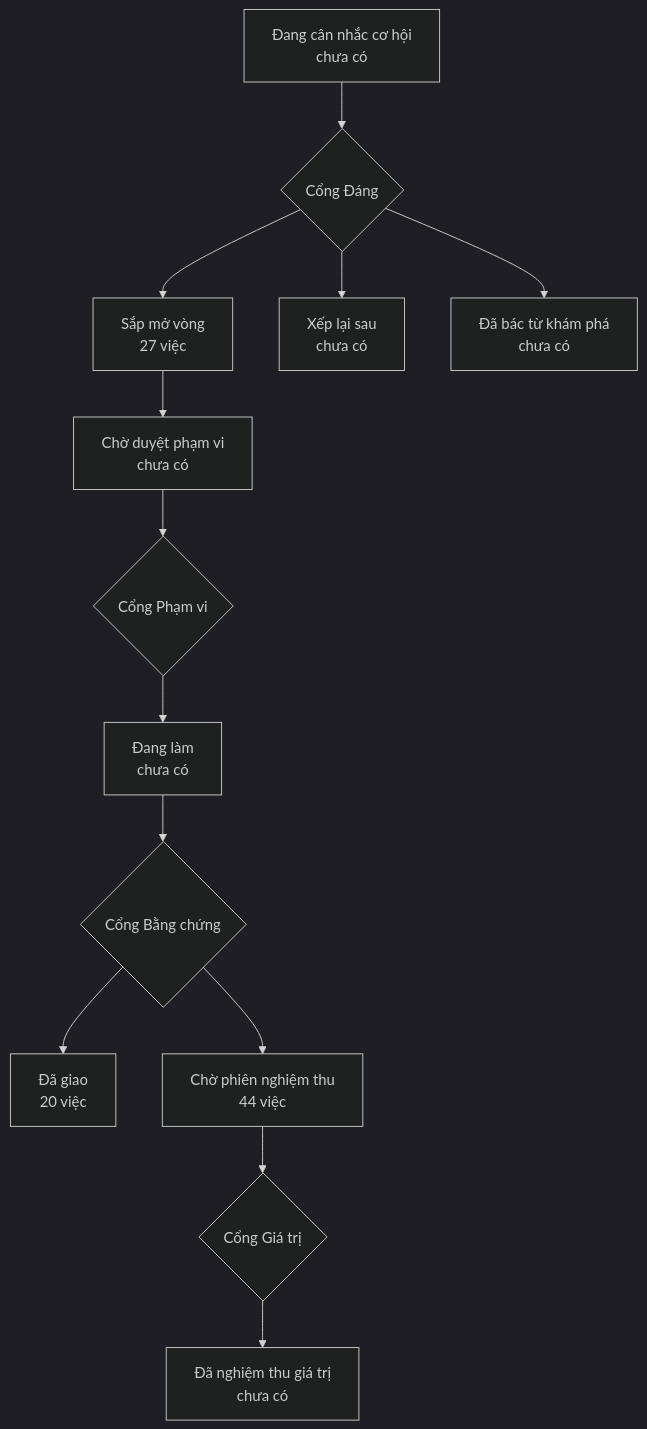
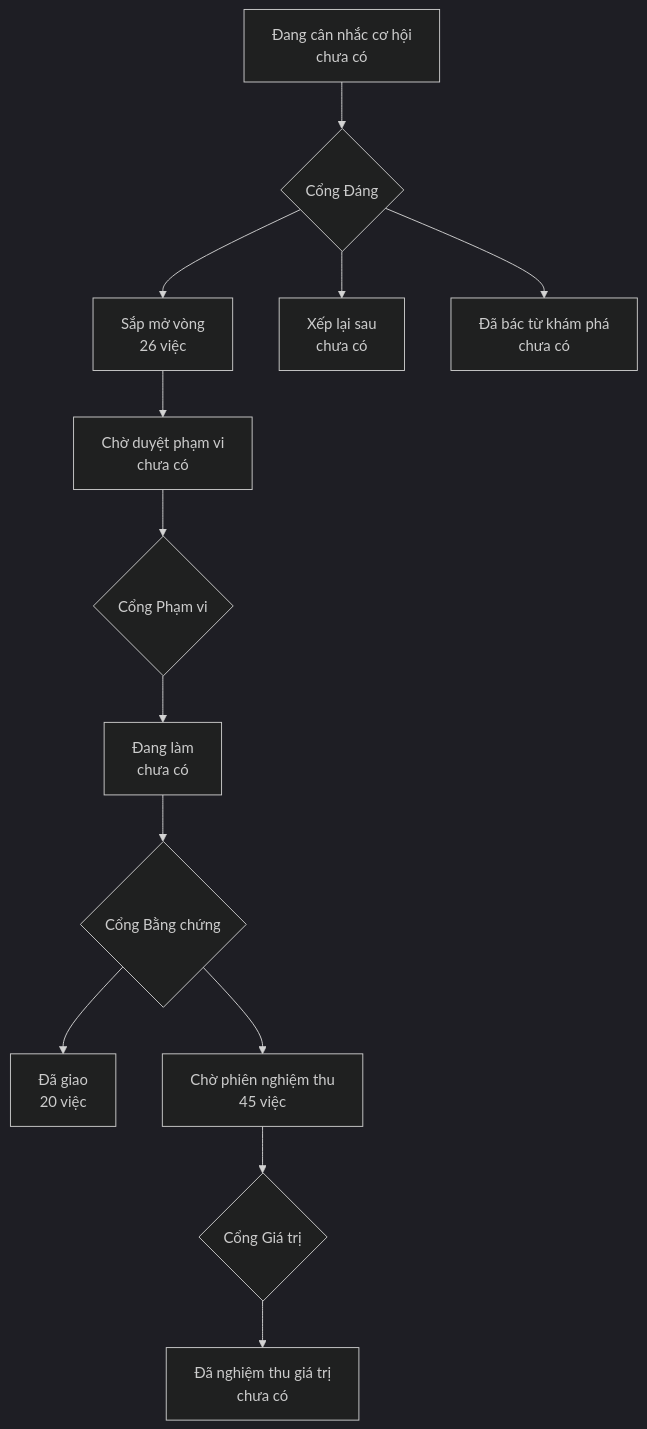
One commit to phanlemanh/onehub-quy-hang changed the diagram in PRODUCT-MAP.md. Above: the diagram before and after it, drawn with Mermaid (dark theme). The commit also changed 4 other files, not shown here.

````diff
--- a/PRODUCT-MAP.md
+++ b/PRODUCT-MAP.md
@@ -7,12 +7,12 @@
 ```mermaid
 flowchart TD
   A["Đang cân nhắc cơ hội<br/>chưa có"] --> GD{"Cổng Đáng"}
-  GD --> B["Sắp mở vòng<br/>27 việc"]
+  GD --> B["Sắp mở vòng<br/>26 việc"]
   GD --> XL["Xếp lại sau<br/>chưa có"]
   GD --> DB["Đã bác từ khám phá<br/>chưa có"]
   B --> CD["Chờ duyệt phạm vi<br/>chưa có"] --> GP{"Cổng Phạm vi"}
   GP --> DL["Đang làm<br/>chưa có"] --> GB{"Cổng Bằng chứng"}
   GB --> DG["Đã giao<br/>20 việc"]
-  GB --> CN["Chờ phiên nghiệm thu<br/>44 việc"] --> GG{"Cổng Giá trị"}
+  GB --> CN["Chờ phiên nghiệm thu<br/>45 việc"] --> GG{"Cổng Giá trị"}
   GG --> NT["Đã nghiệm thu giá trị<br/>chưa có"]
 ```
````
